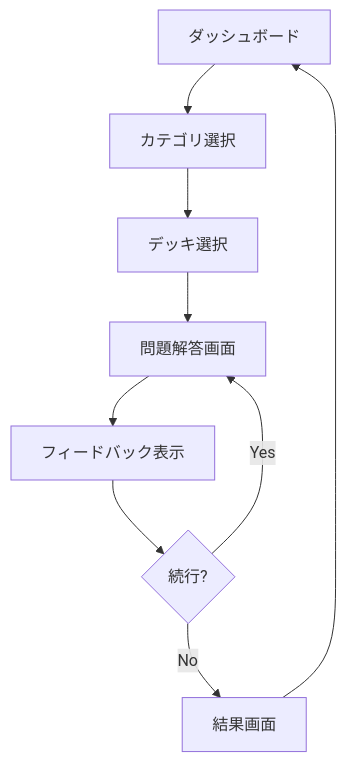
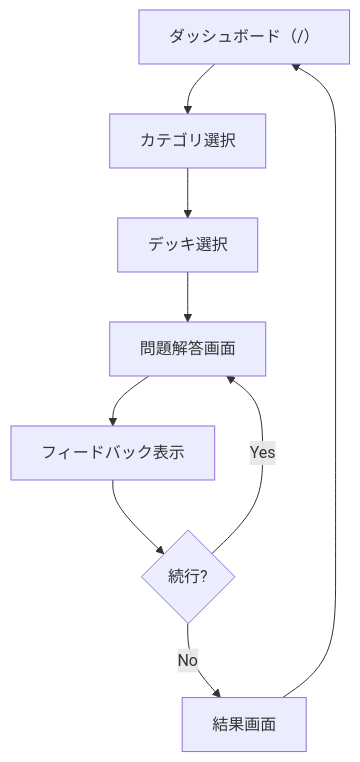
The fourth of 4 diagrams in docs/05_設計仕様書.md (ykagesg7/FlightEMS), drawn with Mermaid before and after one commit. The commit also changed other lines of this file and 15 other files, not shown here.

````diff
--- a/docs/05_設計仕様書.md
+++ b/docs/05_設計仕様書.md
@@ -1091,11 +1091,11 @@
 ```mermaid
 flowchart TD
-    A[ダッシュボード] --> B[カテゴリ選択]
+    A[ダッシュボード（/）] --> B[カテゴリ選択]
     B --> C[デッキ選択]
     C --> D[問題解答画面]
     D --> E[フィードバック表示]
     E --> F{続行?}
     F -->|Yes| D
     F -->|No| G[結果画面]
     G --> A
 ```
````
